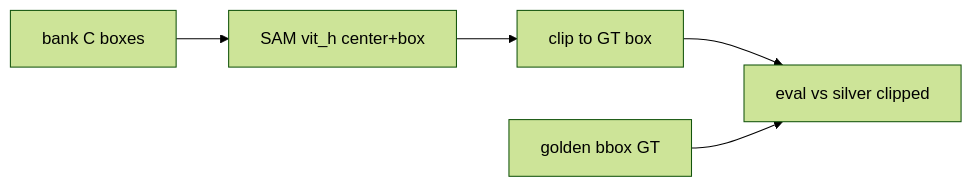
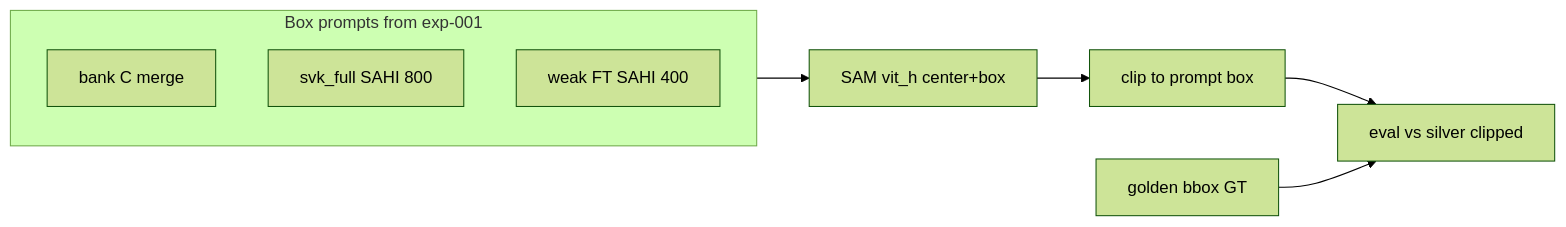
One commit to kris1pl/ai-research-forestry changed the first of 4 diagrams in conifervision/experiments/exp-002-rgb-seg-backend-ceiling.md. Above: the diagram before and after it, drawn with Mermaid (forest theme). The commit also changed other lines of this file, not shown here.

First line of the commit message:
Update exp-002 documentation to reflect closure and preliminary findings

````diff
--- a/conifervision/experiments/exp-002-rgb-seg-backend-ceiling.md
+++ b/conifervision/experiments/exp-002-rgb-seg-backend-ceiling.md
@@ -236,7 +255,12 @@
 ```mermaid
 flowchart LR
-  BC[bank C boxes] --> SAM[SAM vit_h center+box]
-  SAM --> CLIP[clip to GT box]
+  subgraph prompts [Box prompts from exp-001]
+    C1[bank C merge]
+    C2[svk_full SAHI 800]
+    C3[weak FT SAHI 400]
+  end
+  prompts --> SAM[SAM vit_h center+box]
+  SAM --> CLIP[clip to prompt box]
   CLIP --> EVAL[eval vs silver clipped]
   GOLD[golden bbox GT] --> EVAL
 ```
````
